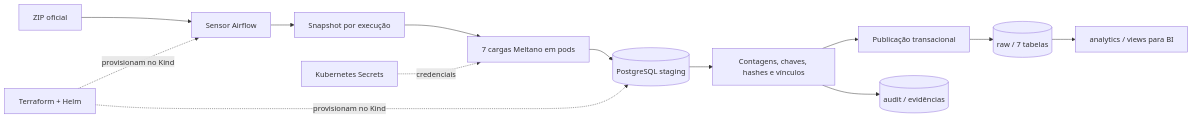
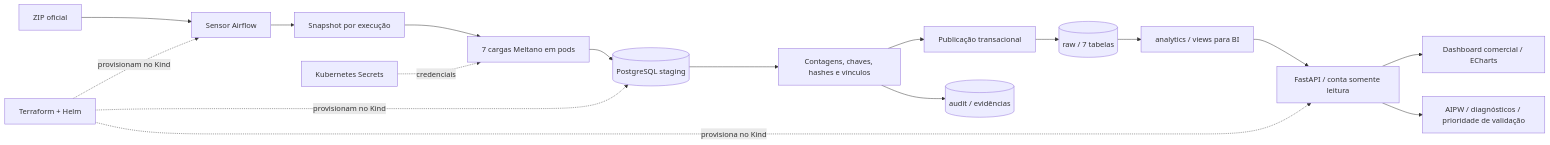
One commit to MateusDG/data-engineer-indicium changed the diagram in README.md. Above: the diagram before and after it, drawn with Mermaid. The commit also changed other lines of this file and 80 other files, not shown here.

````diff
--- a/README.md
+++ b/README.md
@@ -9,15 +13,19 @@
 ```mermaid
 flowchart LR
   ZIP[ZIP oficial] --> SENSOR[Sensor Airflow]
   SENSOR --> SNAP[Snapshot por execução]
   SNAP --> MELTANO[7 cargas Meltano em pods]
   MELTANO --> STG[(PostgreSQL staging)]
   STG --> QA[Contagens, chaves, hashes e vínculos]
   QA --> PUB[Publicação transacional]
   PUB --> RAW[(raw / 7 tabelas)]
   RAW --> BI[analytics / views para BI]
+  BI --> API[FastAPI / conta somente leitura]
+  API --> DASH[Dashboard comercial / ECharts]
+  API --> RANK[AIPW / diagnósticos / prioridade de validação]
   QA --> AUDIT[(audit / evidências)]
   TF[Terraform + Helm] -. provisionam no Kind .-> SENSOR
   TF -. provisionam no Kind .-> STG
+  TF -. provisiona no Kind .-> API
   SEC[Kubernetes Secrets] -. credenciais .-> MELTANO
 ```
````
